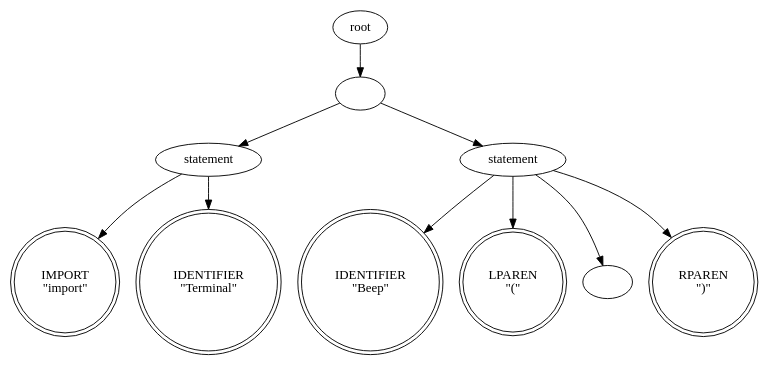
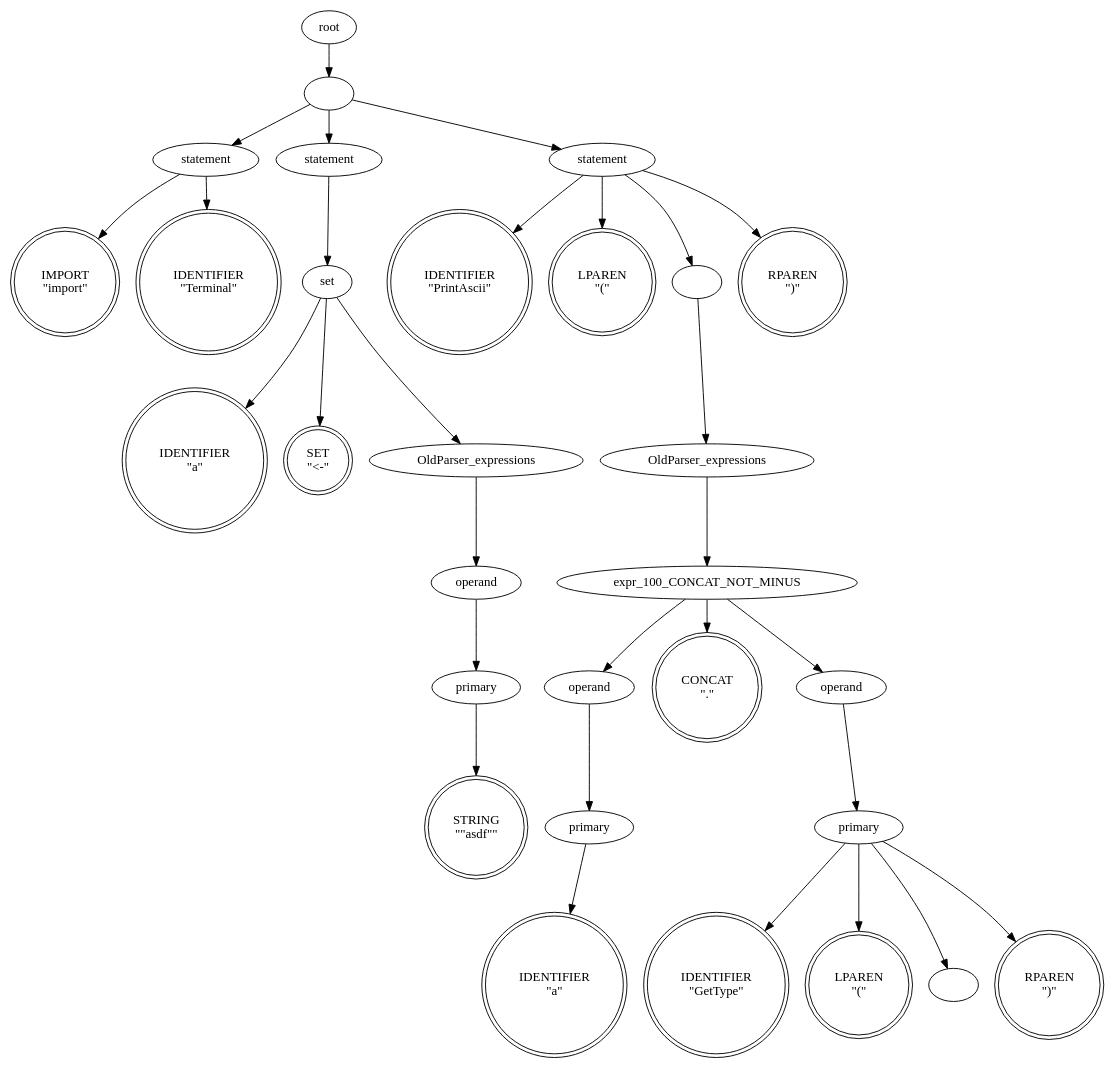
The diagram in Old8Lang/Ex/tree_By_init.dot (lijiajunply/Old8Lang), drawn with Graphviz before and after one commit. The commit also changed 24 other files, not shown here.

```diff
--- a/Old8Lang/Ex/tree_By_init.dot
+++ b/Old8Lang/Ex/tree_By_init.dot
@@ -1,31 +1,91 @@
 digraph syntaxtree {
 0 [  label="IMPORT
 \"import\"" shape=doublecircle height=0.50]
 1 [  label="IDENTIFIER
 \"Terminal\"" shape=doublecircle height=0.50]
 2 [  label="statement" shape=ellipse fontcolor=black height=0.50]
 2 [  label="statement" shape=ellipse fontcolor=black height=0.50]
 3 [  label="IDENTIFIER
-\"Beep\"" shape=doublecircle height=0.50]
-4 [  label="LPAREN
+\"a\"" shape=doublecircle height=0.50]
+4 [  label="SET
+\"<-\"" shape=doublecircle height=0.50]
+5 [  label="STRING
+\"\"asdf\"\"" shape=doublecircle height=0.50]
+6 [  label="primary" shape=ellipse fontcolor=black height=0.50]
+6 [  label="primary" shape=ellipse fontcolor=black height=0.50]
+7 [  label="operand" shape=ellipse fontcolor=black height=0.50]
+7 [  label="operand" shape=ellipse fontcolor=black height=0.50]
+8 [  label="OldParser_expressions" shape=ellipse fontcolor=black height=0.50]
+8 [  label="OldParser_expressions" shape=ellipse fontcolor=black height=0.50]
+9 [  label="set" shape=ellipse fontcolor=black height=0.50]
+9 [  label="set" shape=ellipse fontcolor=black height=0.50]
+10 [  label="statement" shape=ellipse fontcolor=black height=0.50]
+10 [  label="statement" shape=ellipse fontcolor=black height=0.50]
+11 [  label="IDENTIFIER
+\"PrintAscii\"" shape=doublecircle height=0.50]
+12 [  label="LPAREN
 \"(\"" shape=doublecircle height=0.50]
-5 [  label="" shape=ellipse fontcolor=black height=0.50]
-5 [  label="" shape=ellipse fontcolor=black height=0.50]
-6 [  label="RPAREN
+13 [  label="IDENTIFIER
+\"a\"" shape=doublecircle height=0.50]
+14 [  label="primary" shape=ellipse fontcolor=black height=0.50]
+14 [  label="primary" shape=ellipse fontcolor=black height=0.50]
+15 [  label="operand" shape=ellipse fontcolor=black height=0.50]
+15 [  label="operand" shape=ellipse fontcolor=black height=0.50]
+16 [  label="CONCAT
+\".\"" shape=doublecircle height=0.50]
+17 [  label="IDENTIFIER
+\"GetType\"" shape=doublecircle height=0.50]
+18 [  label="LPAREN
+\"(\"" shape=doublecircle height=0.50]
+19 [  label="" shape=ellipse fontcolor=black height=0.50]
+19 [  label="" shape=ellipse fontcolor=black height=0.50]
+20 [  label="RPAREN
 \")\"" shape=doublecircle height=0.50]
-7 [  label="statement" shape=ellipse fontcolor=black height=0.50]
-7 [  label="statement" shape=ellipse fontcolor=black height=0.50]
-8 [  label="" shape=ellipse fontcolor=black height=0.50]
-8 [  label="" shape=ellipse fontcolor=black height=0.50]
-9 [  label="root" shape=ellipse fontcolor=black height=0.50]
-9 [  label="root" shape=ellipse fontcolor=black height=0.50]
+21 [  label="primary" shape=ellipse fontcolor=black height=0.50]
+21 [  label="primary" shape=ellipse fontcolor=black height=0.50]
+22 [  label="operand" shape=ellipse fontcolor=black height=0.50]
+22 [  label="operand" shape=ellipse fontcolor=black height=0.50]
+23 [  label="expr_100_CONCAT_NOT_MINUS" shape=ellipse fontcolor=black height=0.50]
+23 [  label="expr_100_CONCAT_NOT_MINUS" shape=ellipse fontcolor=black height=0.50]
+24 [  label="OldParser_expressions" shape=ellipse fontcolor=black height=0.50]
+24 [  label="OldParser_expressions" shape=ellipse fontcolor=black height=0.50]
+25 [  label="" shape=ellipse fontcolor=black height=0.50]
+25 [  label="" shape=ellipse fontcolor=black height=0.50]
+26 [  label="RPAREN
+\")\"" shape=doublecircle height=0.50]
+27 [  label="statement" shape=ellipse fontcolor=black height=0.50]
+27 [  label="statement" shape=ellipse fontcolor=black height=0.50]
+28 [  label="" shape=ellipse fontcolor=black height=0.50]
+28 [  label="" shape=ellipse fontcolor=black height=0.50]
+29 [  label="root" shape=ellipse fontcolor=black height=0.50]
+29 [  label="root" shape=ellipse fontcolor=black height=0.50]
 2->0 [  arrowshape=none];
 2->1 [  arrowshape=none];
-7->3 [  arrowshape=none];
-7->4 [  arrowshape=none];
-7->5 [  arrowshape=none];
+6->5 [  arrowshape=none];
 7->6 [  arrowshape=none];
-8->2 [  arrowshape=none];
 8->7 [  arrowshape=none];
+9->3 [  arrowshape=none];
+9->4 [  arrowshape=none];
 9->8 [  arrowshape=none];
+10->9 [  arrowshape=none];
+14->13 [  arrowshape=none];
+15->14 [  arrowshape=none];
+21->17 [  arrowshape=none];
+21->18 [  arrowshape=none];
+21->19 [  arrowshape=none];
+21->20 [  arrowshape=none];
+22->21 [  arrowshape=none];
+23->15 [  arrowshape=none];
+23->16 [  arrowshape=none];
+23->22 [  arrowshape=none];
+24->23 [  arrowshape=none];
+25->24 [  arrowshape=none];
+27->11 [  arrowshape=none];
+27->12 [  arrowshape=none];
+27->25 [  arrowshape=none];
+27->26 [  arrowshape=none];
+28->2 [  arrowshape=none];
+28->10 [  arrowshape=none];
+28->27 [  arrowshape=none];
+29->28 [  arrowshape=none];
 }
```
